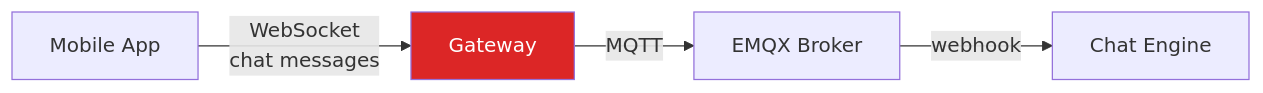
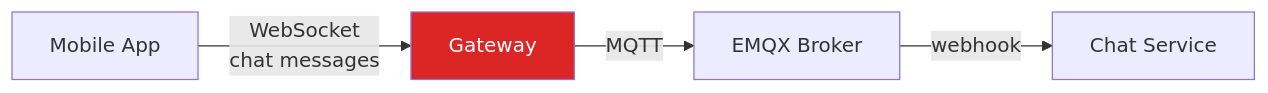
One commit to ahmadnurhidayat/docs changed the first of 5 diagrams in src/content/docs/04-conferences/kcd-indonesia-2026/presentation-draft.md. Above: the diagram before and after it, drawn with Mermaid. The commit also changed other lines of this file and 9 other files, not shown here.

````diff
--- a/src/content/docs/04-conferences/kcd-indonesia-2026/presentation-draft.md
+++ b/src/content/docs/04-conferences/kcd-indonesia-2026/presentation-draft.md
@@ -40,8 +40,8 @@
 ```mermaid
 flowchart LR
     A["Mobile App"] -->|"WebSocket<br/>chat messages"| B["Gateway"]
     B -->|"MQTT"| C["EMQX Broker"]
-    C -->|"webhook"| D["Chat Engine"]
+    C -->|"webhook"| D["Chat Service"]
 
     style B fill:#dc2626,color:#fff
 ```
````
